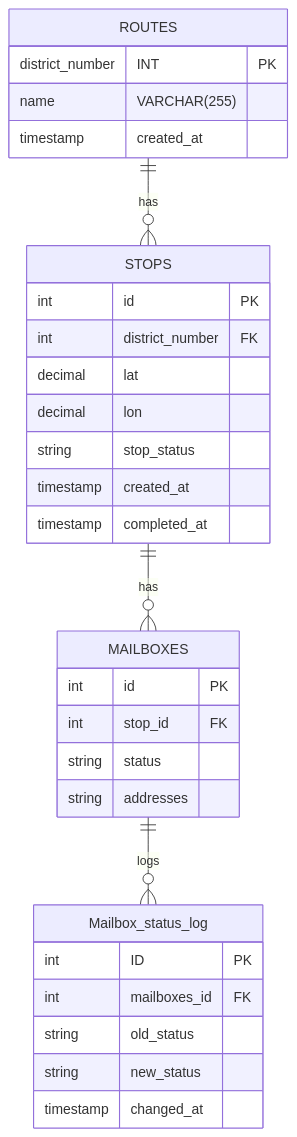
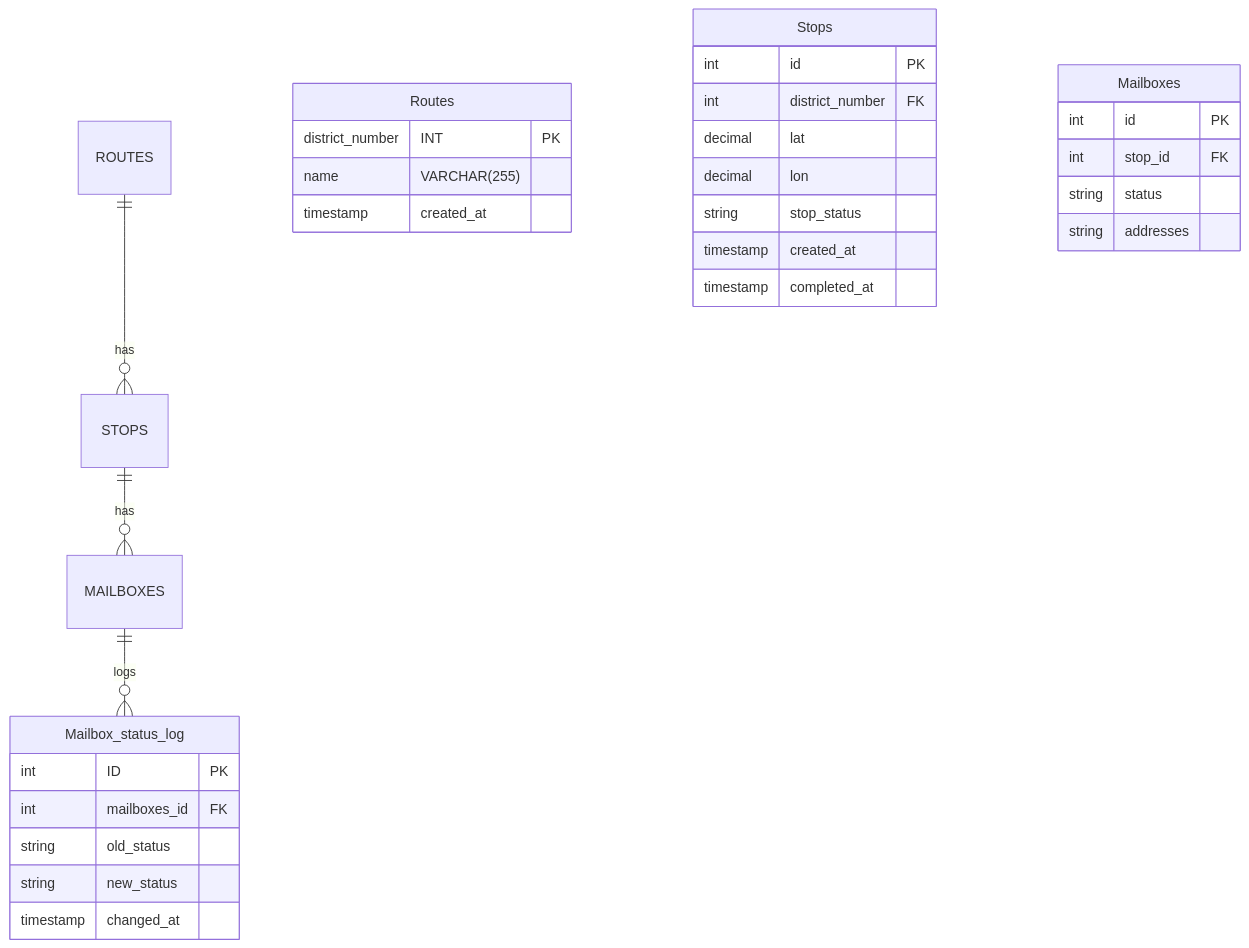
The diagram in docs/ER-diagram.md (miskadelux/Route-Optimizer), drawn with Mermaid before and after one commit.

Commit message:
Fix table names and formatting in ER diagram
Updated the ER diagram to correct table names and formatting.

so the name in the ER-diagram mathches the names in SQL

````diff
--- a/docs/ER-diagram.md
+++ b/docs/ER-diagram.md
@@ -1,38 +1,38 @@
 ```mermaid
 erDiagram
 ROUTES ||--o{ STOPS : has
 STOPS ||--o{ MAILBOXES : has
 MAILBOXES ||--o{ Mailbox_status_log : logs
 
 
-    ROUTES  {
+    Routes  {
         district_number INT PK
         name VARCHAR(255)
         timestamp created_at
     }
 
-    STOPS {
+    Stops {
         int id PK
         int district_number FK
         decimal lat
         decimal lon
         string stop_status
         timestamp created_at
         timestamp completed_at 
     }
 
-    MAILBOXES {
+    Mailboxes {
         int id PK
         int stop_id FK
         string status 
         string addresses 
     }
 
     Mailbox_status_log {
         int ID PK
         int mailboxes_id FK
         string old_status
         string new_status
         timestamp changed_at
     }
 ```
````
